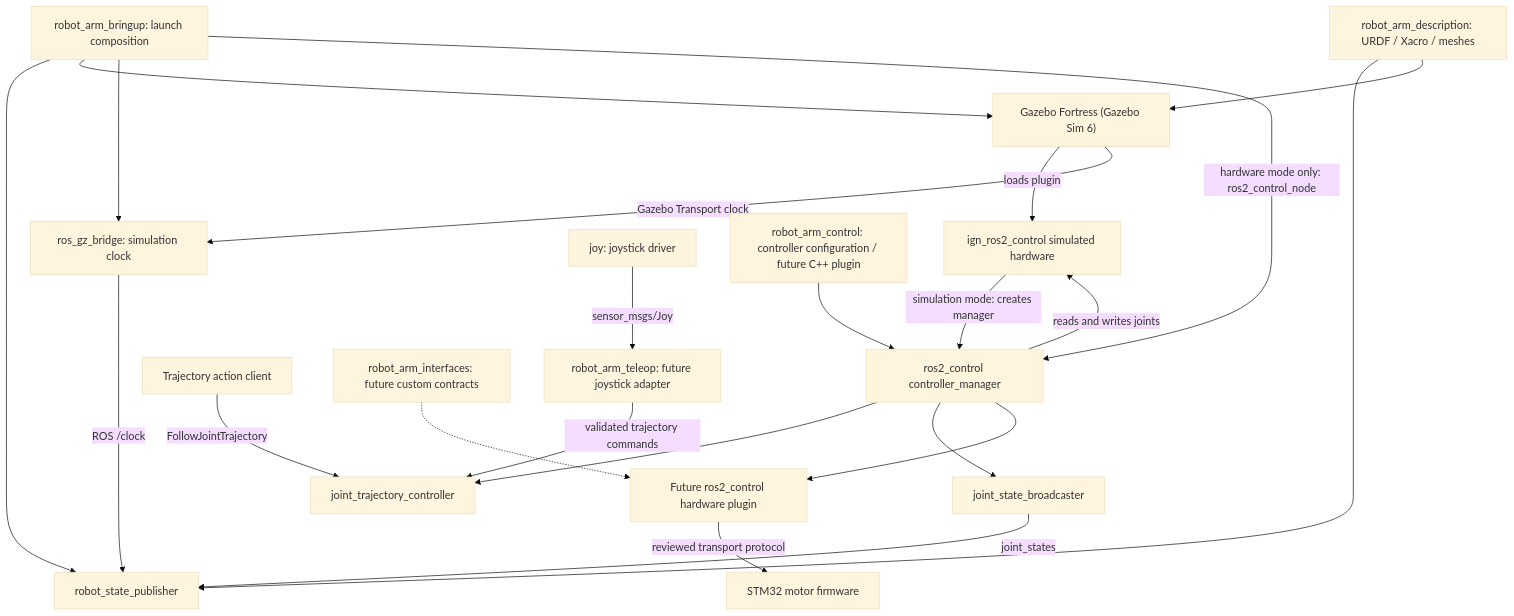
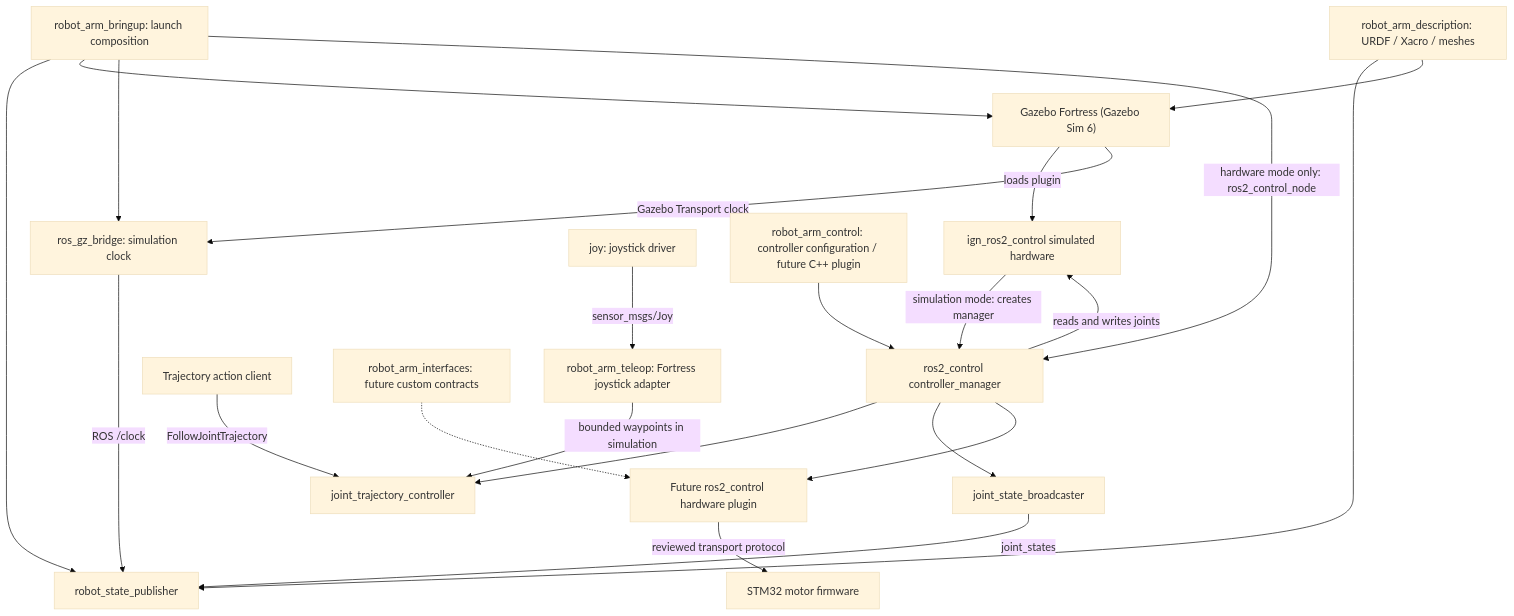
The diagram in docs/architecture.md (nlmehmet/ros2-robot-arm), drawn with Mermaid (base theme) before and after one commit. The commit also changed other lines of this file and 14 other files, not shown here.

Commit message:
Add Phase 4 simulation joystick adapter

````diff
--- a/docs/architecture.md
+++ b/docs/architecture.md
@@ -5,40 +5,40 @@
 ```mermaid
 flowchart TB
     Bringup[robot_arm_bringup: launch composition]
     Description[robot_arm_description: URDF / Xacro / meshes]
     RSP[robot_state_publisher]
     Gazebo["Gazebo Fortress (Gazebo Sim 6)"]
     Bridge[ros_gz_bridge: simulation clock]
     Sim[ign_ros2_control simulated hardware]
     CM[ros2_control controller_manager]
     JTC[joint_trajectory_controller]
     JSB[joint_state_broadcaster]
-    Teleop[robot_arm_teleop: future joystick adapter]
+    Teleop[robot_arm_teleop: Fortress joystick adapter]
     Joy[joy: joystick driver]
     Client[Trajectory action client]
     HW[Future ros2_control hardware plugin]
     MCU[STM32 motor firmware]
     Interfaces[robot_arm_interfaces: future custom contracts]
     Control[robot_arm_control: controller configuration / future C++ plugin]
     Bringup --> RSP
     Bringup --> Gazebo
     Bringup --> Bridge
     Bringup -->|hardware mode only: ros2_control_node| CM
     Description --> RSP
     Description --> Gazebo
     Gazebo -->|loads plugin| Sim
     Gazebo -->|Gazebo Transport clock| Bridge
     Bridge -->|ROS /clock| RSP
     Sim -->|simulation mode: creates manager| CM
     CM -->|reads and writes joints| Sim
     Control --> CM
     CM --> JTC
     CM --> JSB
     Client -->|FollowJointTrajectory| JTC
     Joy -->|sensor_msgs/Joy| Teleop
-    Teleop -->|validated trajectory commands| JTC
+    Teleop -->|bounded waypoints in simulation| JTC
     JSB -->|joint_states| RSP
     CM --> HW
     HW -->|reviewed transport protocol| MCU
     Interfaces -.-> HW
 ```
````
